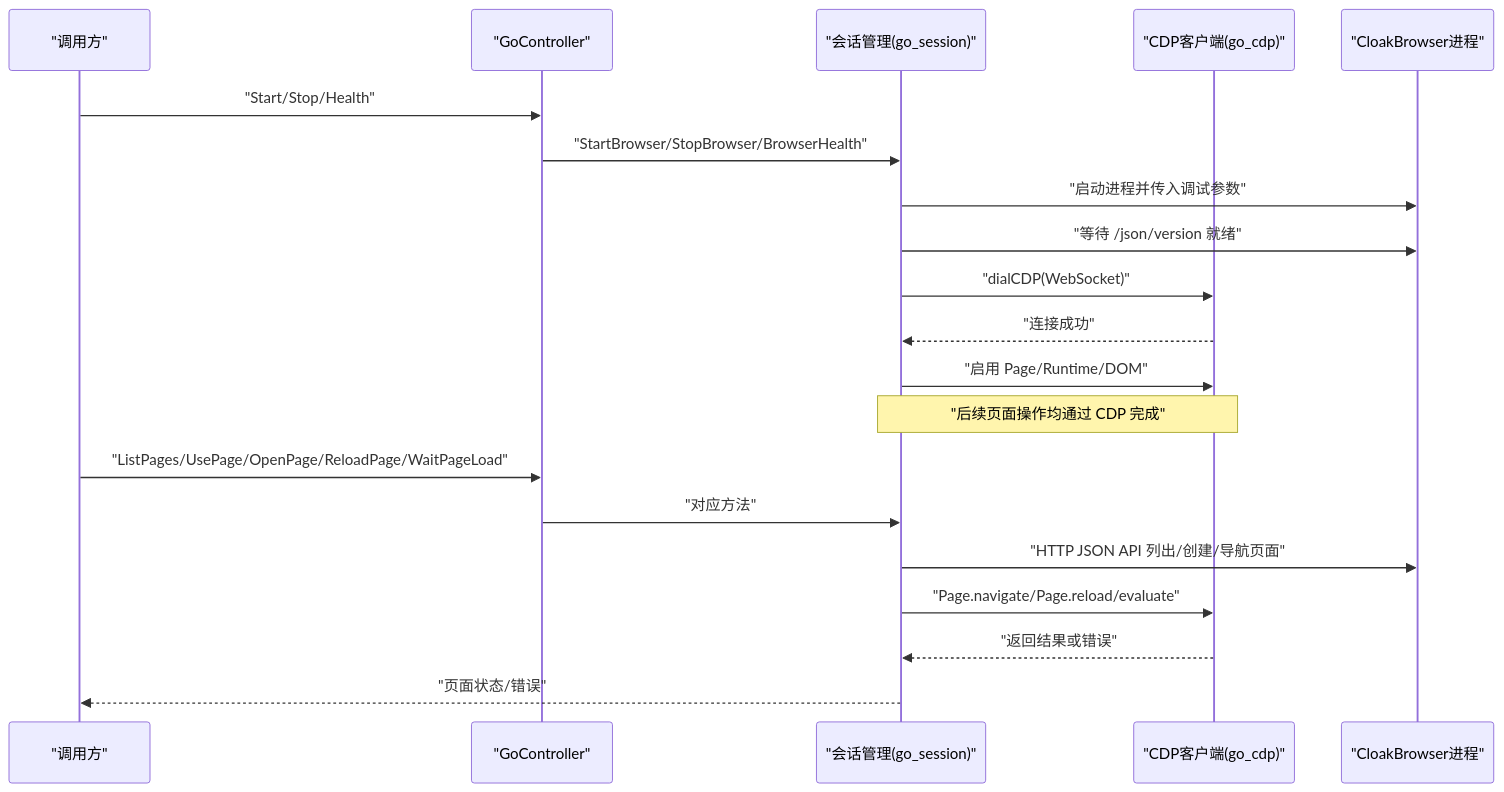
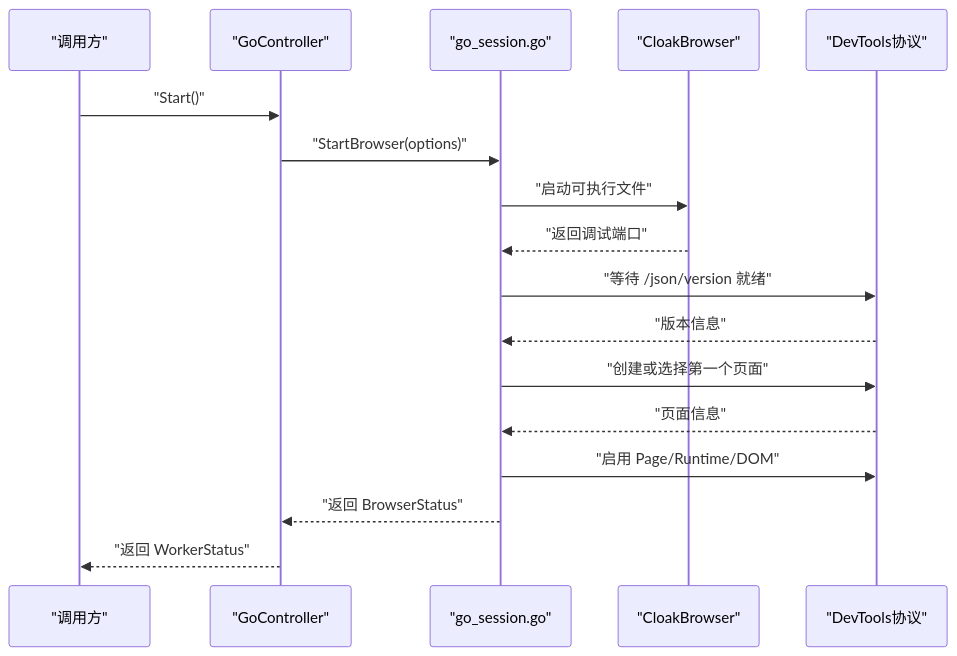
The third of 13 diagrams in .qoder/repowiki/zh/content/本地执行器/浏览器自动化/浏览器控制器/页面生命周期管理.md (alvinwangzi/goodhr), drawn with Mermaid before and after one commit. The commit also changed other lines of this file and 149 other files, not shown here.

````diff
--- a/.qoder/repowiki/zh/content/本地执行器/浏览器自动化/浏览器控制器/页面生命周期管理.md
+++ b/.qoder/repowiki/zh/content/本地执行器/浏览器自动化/浏览器控制器/页面生命周期管理.md
@@ -84,22 +133,19 @@
 ```mermaid
 sequenceDiagram
 participant Caller as "调用方"
-participant Ctrl as "GoController"
-participant Sess as "会话管理(go_session)"
-participant CDP as "CDP客户端(go_cdp)"
-participant Br as "CloakBrowser进程"
-Caller->>Ctrl : "Start/Stop/Health"
-Ctrl->>Sess : "StartBrowser/StopBrowser/BrowserHealth"
-Sess->>Br : "启动进程并传入调试参数"
-Sess->>Br : "等待 /json/version 就绪"
-Sess->>CDP : "dialCDP(WebSocket)"
-CDP-->>Sess : "连接成功"
-Sess->>CDP : "启用 Page/Runtime/DOM"
-Note over Sess,CDP : "后续页面操作均通过 CDP 完成"
-Caller->>Ctrl : "ListPages/UsePage/OpenPage/ReloadPage/WaitPageLoad"
-Ctrl->>Sess : "对应方法"
-Sess->>Br : "HTTP JSON API 列出/创建/导航页面"
-Sess->>CDP : "Page.navigate/Page.reload/evaluate"
-CDP-->>Sess : "返回结果或错误"
-Sess-->>Caller : "页面状态/错误"
+participant Controller as "GoController"
+participant Session as "go_session.go"
+participant Browser as "CloakBrowser"
+participant CDP as "DevTools协议"
+Caller->>Controller : "Start()"
+Controller->>Session : "StartBrowser(options)"
+Session->>Browser : "启动可执行文件"
+Browser-->>Session : "返回调试端口"
+Session->>CDP : "等待 /json/version 就绪"
+CDP-->>Session : "版本信息"
+Session->>CDP : "创建或选择第一个页面"
+CDP-->>Session : "页面信息"
+Session->>CDP : "启用 Page/Runtime/DOM"
+Session-->>Controller : "返回 BrowserStatus"
+Controller-->>Caller : "返回 WorkerStatus"
 ```
````
